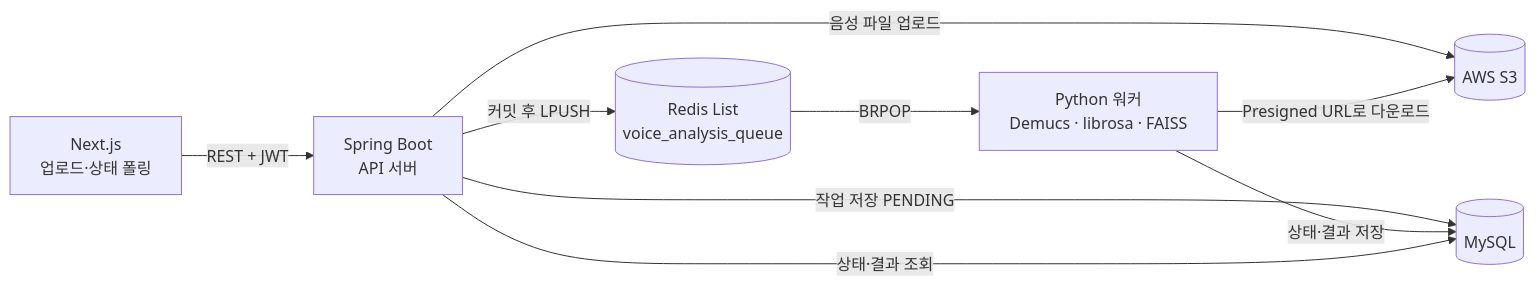
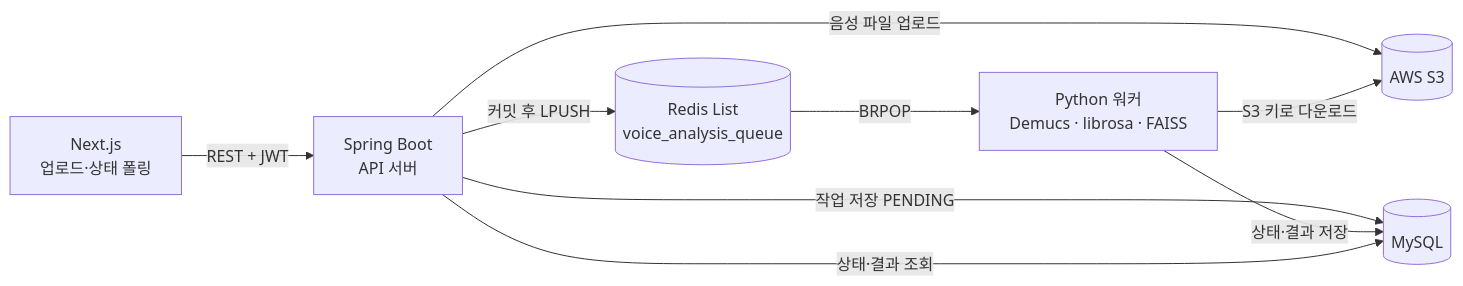
One commit to djatjs/MyVoicePick changed the diagram in README.md. Above: the diagram before and after it, drawn with Mermaid. The commit also changed other lines of this file and 11 other files, not shown here.

````diff
--- a/README.md
+++ b/README.md
@@ -17,11 +17,11 @@
 ```mermaid
 graph LR
     Client["Next.js<br/>업로드·상태 폴링"] -->|REST + JWT| API["Spring Boot<br/>API 서버"]
     API -->|음성 파일 업로드| S3[("AWS S3")]
     API -->|작업 저장 PENDING| DB[("MySQL")]
     API -->|커밋 후 LPUSH| Redis[("Redis List<br/>voice_analysis_queue")]
     Redis -->|BRPOP| Worker["Python 워커<br/>Demucs · librosa · FAISS"]
-    Worker -->|Presigned URL로 다운로드| S3
+    Worker -->|S3 키로 다운로드| S3
     Worker -->|상태·결과 저장| DB
     API -->|상태·결과 조회| DB
 ```
````
